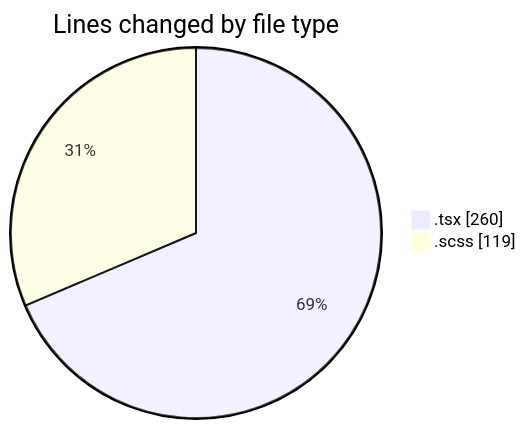
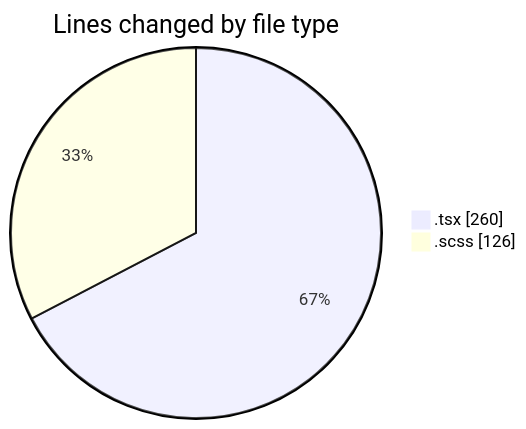
One commit to momahboobian/code-tracking changed the first of 2 diagrams in 2026-04-10/cda/README.md. Above: the diagram before and after it, drawn with Mermaid. The commit also changed other lines of this file and 1 other file, not shown here.

````diff
--- a/2026-04-10/cda/README.md
+++ b/2026-04-10/cda/README.md
@@ -22,6 +22,6 @@
 ```mermaid
 pie showData
 title Lines changed by file type
 ".tsx" : 260
-".scss" : 119
+".scss" : 126
 ```
````
